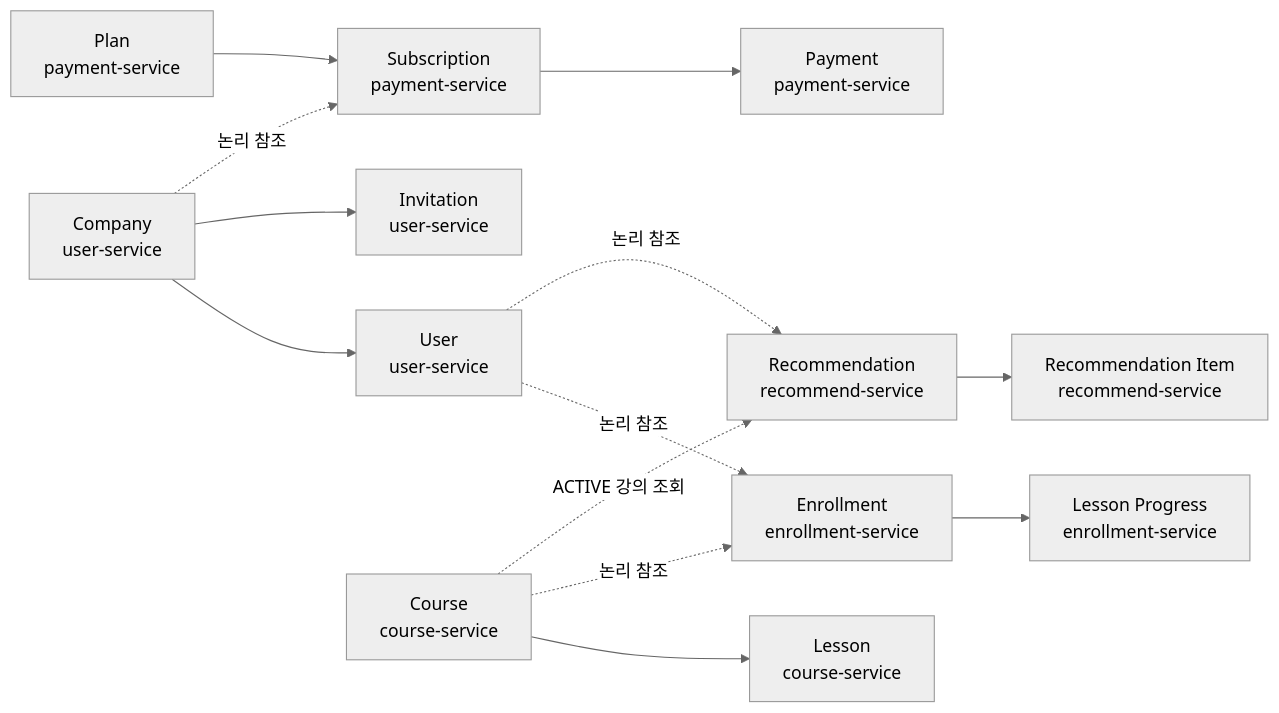
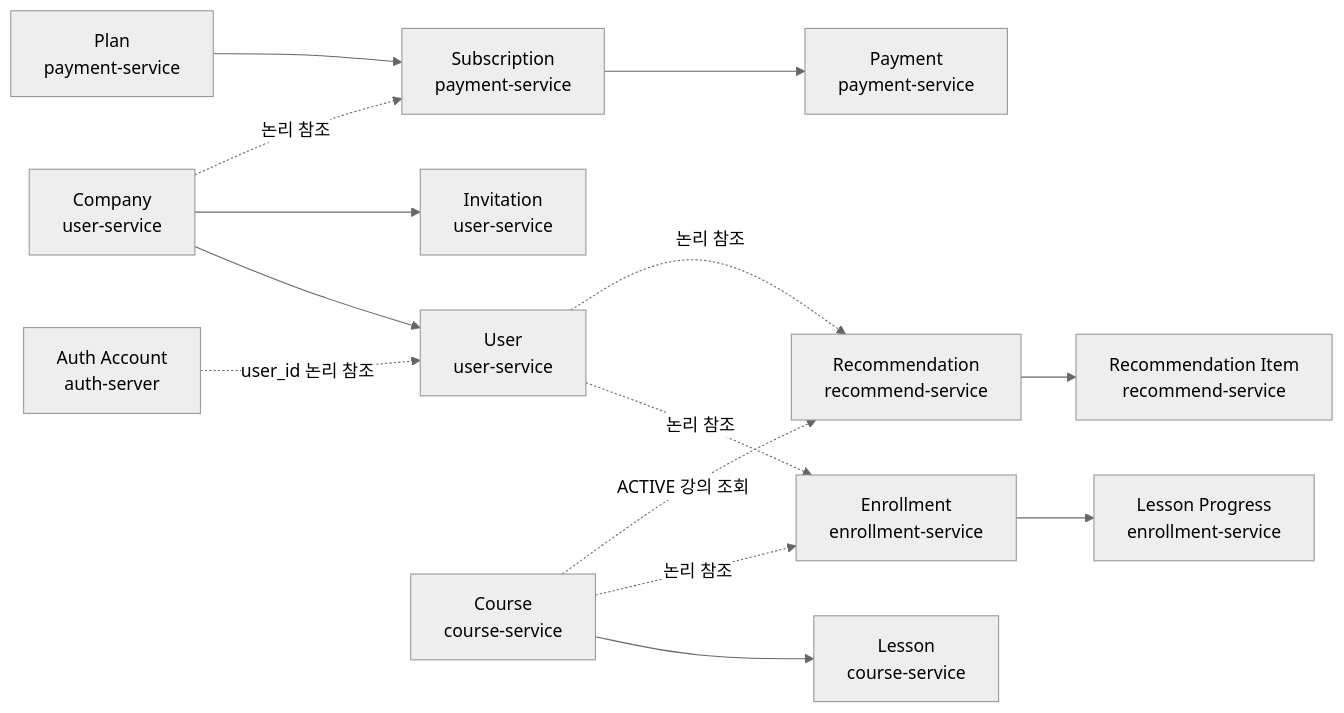
One commit to skala-msa-team/linguaroute-msa changed the first of 7 diagrams in docs/erd.md. Above: the diagram before and after it, drawn with Mermaid (neutral theme). The commit also changed other lines of this file and 6 other files, not shown here.

````diff
--- a/docs/erd.md
+++ b/docs/erd.md
@@ -17,15 +18,16 @@
 ```mermaid
 flowchart LR
+    AUTH_ACCOUNT["Auth Account<br/>auth-server"] -. "user_id 논리 참조" .-> USER
     COMPANY["Company<br/>user-service"] --> USER["User<br/>user-service"]
     COMPANY --> INVITATION["Invitation<br/>user-service"]
     COMPANY -. "논리 참조" .-> SUBSCRIPTION["Subscription<br/>payment-service"]
     PLAN["Plan<br/>payment-service"] --> SUBSCRIPTION
     SUBSCRIPTION --> PAYMENT["Payment<br/>payment-service"]
     USER -. "논리 참조" .-> ENROLLMENT["Enrollment<br/>enrollment-service"]
     COURSE["Course<br/>course-service"] --> LESSON["Lesson<br/>course-service"]
     COURSE -. "논리 참조" .-> ENROLLMENT
     ENROLLMENT --> PROGRESS["Lesson Progress<br/>enrollment-service"]
     USER -. "논리 참조" .-> RECOMMENDATION["Recommendation<br/>recommend-service"]
     COURSE -. "ACTIVE 강의 조회" .-> RECOMMENDATION
     RECOMMENDATION --> RECOMMENDATION_ITEM["Recommendation Item<br/>recommend-service"]
 ```
````
